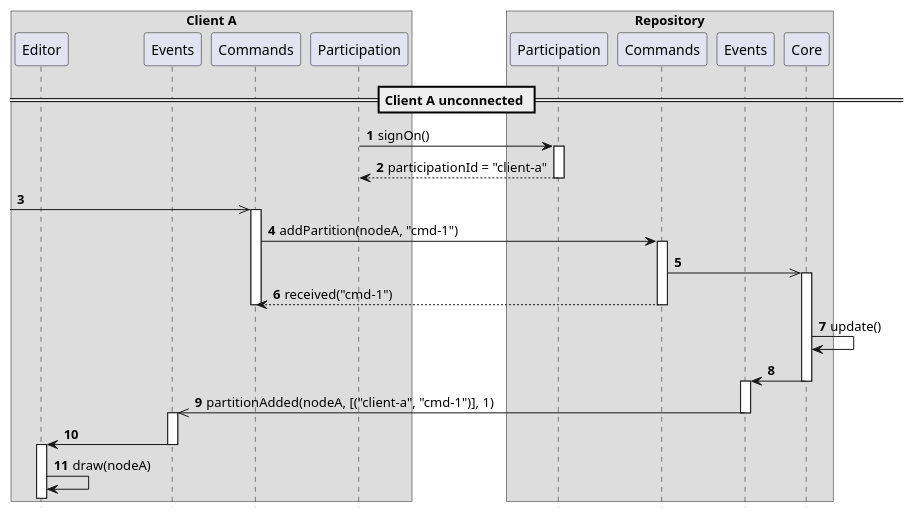
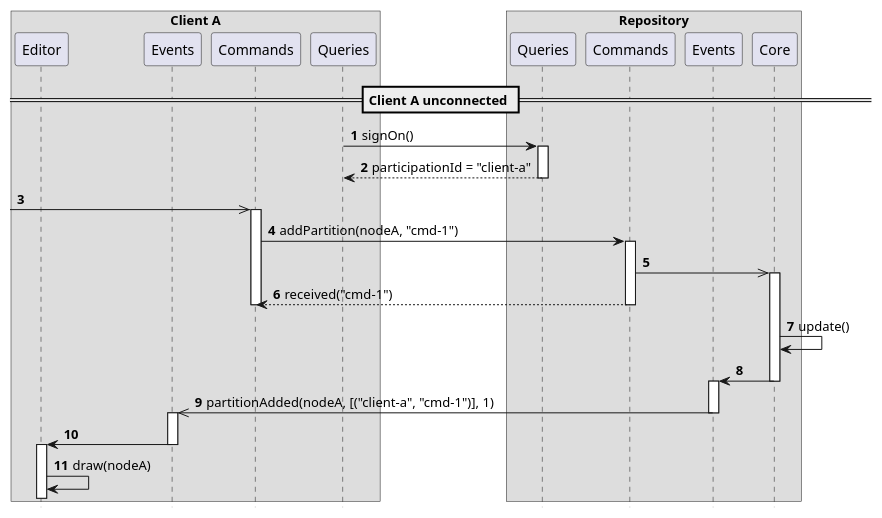
One commit to LionWeb-io/specification changed the diagram in delta/scenarios/virginRepo.adoc. Above: the diagram before and after it, drawn with PlantUML. The commit also changed other lines of this file and 4 other files, not shown here.

```diff
--- a/delta/scenarios/virginRepo.adoc
+++ b/delta/scenarios/virginRepo.adoc
@@ -3,50 +3,49 @@
 [plantuml,virginRepo,svg]
 ----
 hide footbox
 autonumber
 
 box "Client A"
   participant Editor as editor
-'  participant Queries as cQry
   participant Events as clientEvent
   participant Commands as clientCmd
-  participant Participation as clientParticipation
+  participant Queries as clientQuery
 end box
 
 box "Repository"
-  participant Participation as repoParticipation
+  participant Queries as repoQuery
   participant Commands as repoCmd
 '  participant Queries  as rQry
   participant Events as repoEvent
   participant Core as core
 end box
 
 == Client A unconnected ==
 
-clientParticipation -> repoParticipation ++: signOn()
+clientQuery -> repoQuery ++: signOn()
 return participationId = "client-a"
 
 [->> clientCmd ++
 clientCmd -> repoCmd ++: addPartition(nodeA, "cmd-1")
 repoCmd ->> core
 activate core
 clientCmd <-- repoCmd: received("cmd-1")
 deactivate clientCmd
 deactivate repoCmd
 
 core -> core: update()
 
 core -> repoEvent
 deactivate core
 
 activate repoEvent
 clientEvent <<- repoEvent: partitionAdded(nodeA, [("client-a", "cmd-1")], 1)
 deactivate repoEvent
 
 activate clientEvent
 clientEvent -> editor
 deactivate clientEvent
 
 activate editor
 editor -> editor: draw(nodeA)
 ----
```
